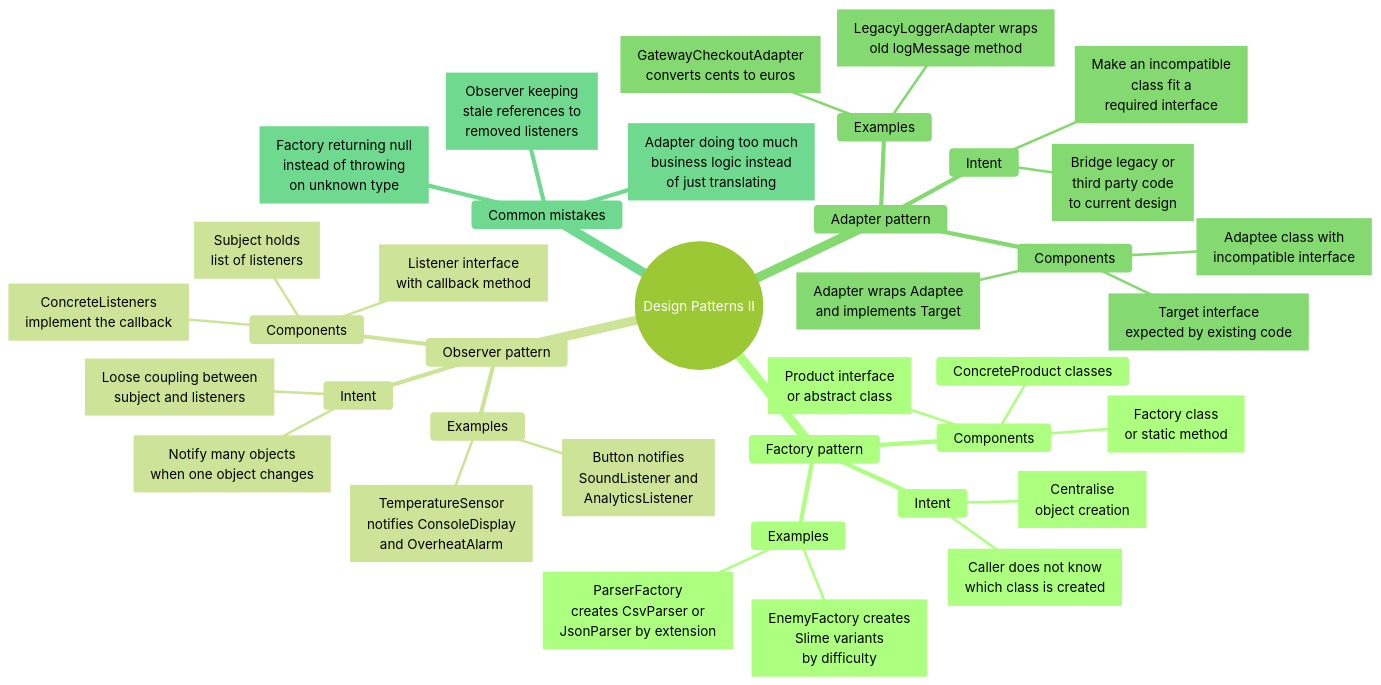
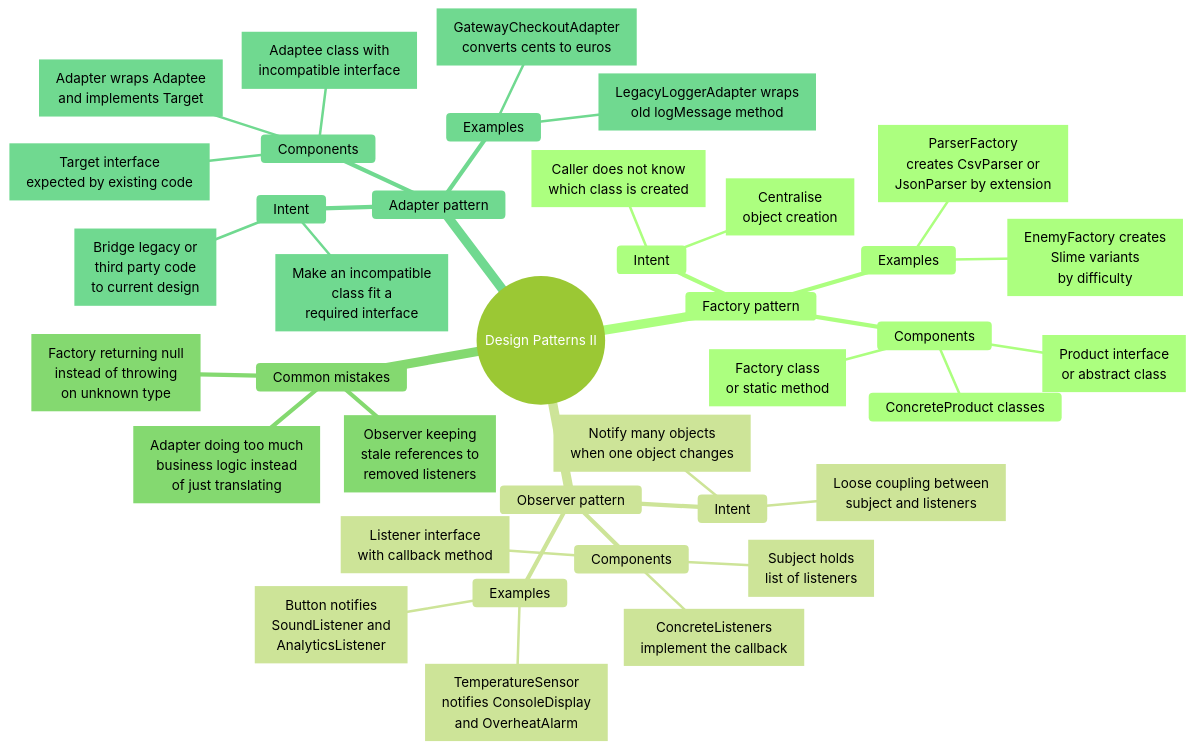
The fifth of 13 diagrams in notes/shared/mind maps/revision_t10_t22.md (nmcguinness/L8-OOP-Module-Content), drawn with Mermaid before and after one commit. The commit also changed other lines of this file and 4 other files, not shown here.

Commit message:
fixed mindmap label truncation and added admonitions test

````diff
--- a/notes/shared/mind maps/revision_t10_t22.md
+++ b/notes/shared/mind maps/revision_t10_t22.md
@@ -582,81 +582,81 @@
 ```mermaid
 ---
 title: "Design Patterns II"
 accDescr: "Mind map of Design Patterns II. Branches: Factory pattern; Observer pattern; Adapter pattern; Common mistakes."
 ---
 %%{init: { "theme": "forest", "markdownAutoWrap": false, "mindmap": { "maxNodeWidth": 300 } }}%%
 mindmap
   root((Design Patterns II))
     Factory pattern
       Intent
         n1["`Centralise
         object creation`"]
         n2["`Caller does not know
         which class is created`"]
       Components
         n3["`Factory class
         or static method`"]
         n4["`Product interface
         or abstract class`"]
         ConcreteProduct classes
       Examples
         n5["`ParserFactory
         creates CsvParser or
         JsonParser by extension`"]
         n6["`EnemyFactory creates
         Slime variants
         by difficulty`"]
 
     Observer pattern
       Intent
         n7["`Notify many objects
         when one object changes`"]
         n8["`Loose coupling between
         subject and listeners`"]
       Components
         n9["`Subject holds
         list of listeners`"]
         n10["`Listener interface
         with callback method`"]
         n11["`ConcreteListeners
         implement the callback`"]
       Examples
         n12["`Button notifies
         SoundListener and
         AnalyticsListener`"]
         n13["`TemperatureSensor
         notifies ConsoleDisplay
         and OverheatAlarm`"]
 
+    Common mistakes
+      n21["`Factory returning null
+      instead of throwing
+      on unknown type`"]
+      n22["`Observer keeping
+      stale references to
+      removed listeners`"]
+      n23["`Adapter doing too much
+      business logic instead
+      of just translating`"]
+
     Adapter pattern
       Intent
         n14["`Make an incompatible
         class fit a
         required interface`"]
         n15["`Bridge legacy or
         third party code
         to current design`"]
       Components
         n16["`Target interface
         expected by existing code`"]
         n17["`Adaptee class with
         incompatible interface`"]
         n18["`Adapter wraps Adaptee
         and implements Target`"]
       Examples
         n19["`LegacyLoggerAdapter wraps
         old logMessage method`"]
         n20["`GatewayCheckoutAdapter
         converts cents to euros`"]
-
-    Common mistakes
-      n21["`Factory returning null
-      instead of throwing
-      on unknown type`"]
-      n22["`Observer keeping
-      stale references to
-      removed listeners`"]
-      n23["`Adapter doing too much
-      business logic instead
-      of just translating`"]
 ```
````
